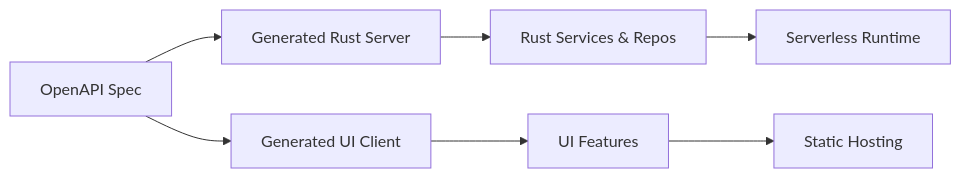
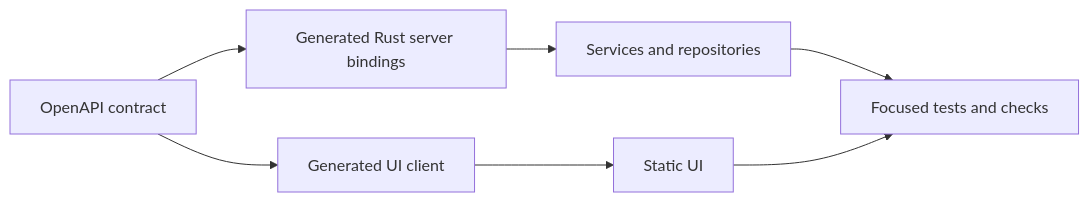
Before and after one commit to sgama/sg: the first of 2 diagrams in content/posts/2026-02-01-ai-full-stack/index.md, drawn with Mermaid. The commit also changed other lines of this file and 4 other files, not shown here.

```diff
--- a/content/posts/2026-02-01-ai-full-stack/index.md
+++ b/content/posts/2026-02-01-ai-full-stack/index.md
@@ -45,9 +24,9 @@
 {{< mermaid >}}
 flowchart LR
-  A[OpenAPI Spec] --> B[Generated Rust Server]
-  A --> C[Generated UI Client]
-  B --> D[Rust Services & Repos]
-  C --> E[UI Features]
-  D --> F[Serverless Runtime]
-  E --> G[Static Hosting]
+  Spec[OpenAPI contract] --> Server[Generated Rust server bindings]
+  Spec --> Client[Generated UI client]
+  Server --> Service[Services and repositories]
+  Client --> UI[Static UI]
+  Service --> Tests[Focused tests and checks]
+  UI --> Tests
 {{< /mermaid >}}
```
